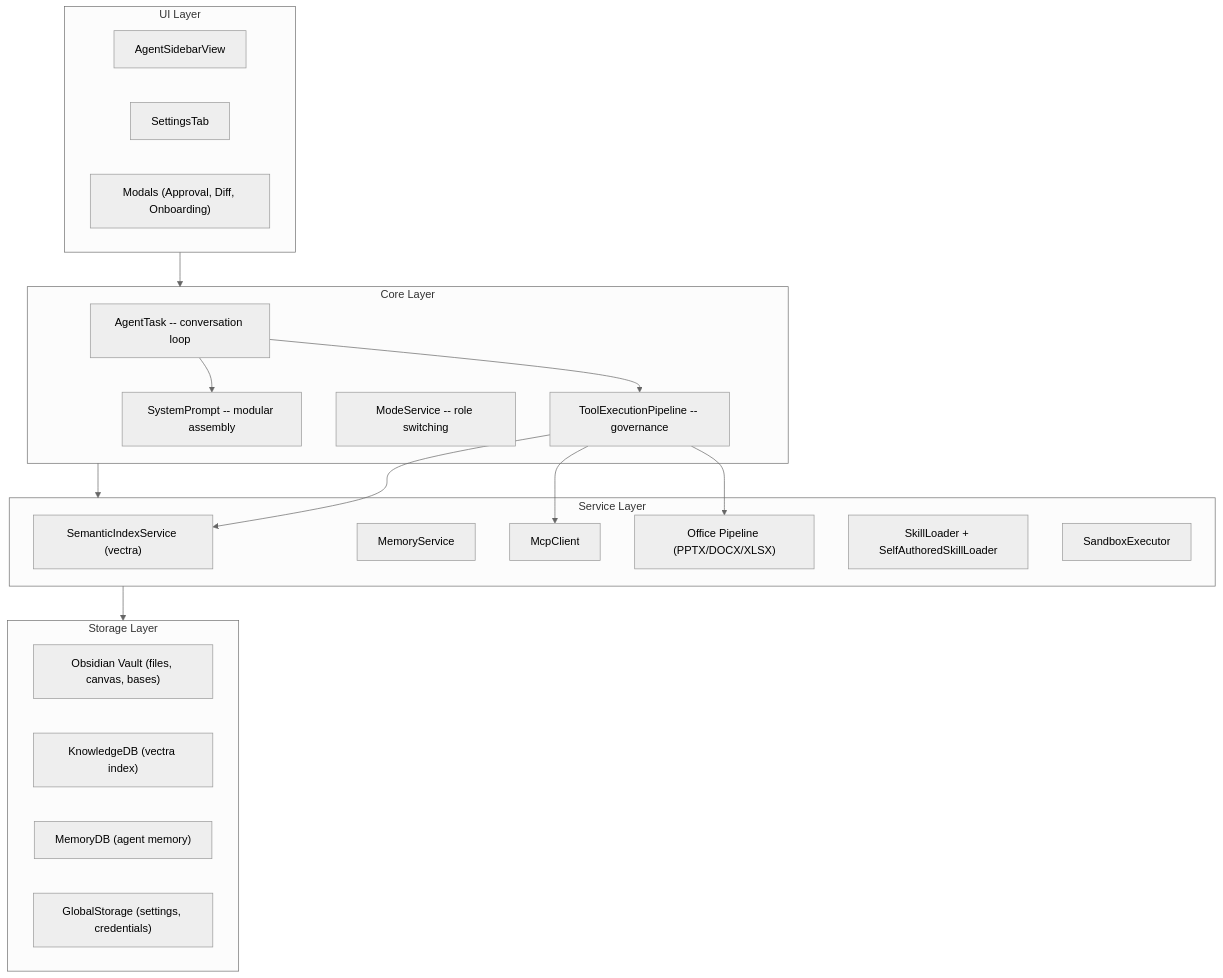
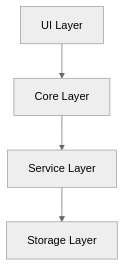
One commit to eshyun/obsilo changed the diagram in docs/dev/index.md. Above: the diagram before and after it, drawn with Mermaid (neutral theme). The commit also changed other lines of this file and 40 other files, not shown here.

Commit message:
Refactor vault operations documentation for clarity and consistency; enhance imprint with legal details; update landing page with new design and interactive elements; add humanizer skill to improve text quality by removing AI writing patterns.

````diff
--- a/docs/dev/index.md
+++ b/docs/dev/index.md
@@ -22,40 +20,11 @@
 ```mermaid
 flowchart TD
-    subgraph UI["UI Layer"]
-        Sidebar["AgentSidebarView"]
-        Settings["SettingsTab"]
-        Modals["Modals (Approval, Diff, Onboarding)"]
-    end
-
-    subgraph Core["Core Layer"]
-        AgentTask["AgentTask -- conversation loop"]
-        Pipeline["ToolExecutionPipeline -- governance"]
-        SystemPrompt["SystemPrompt -- modular assembly"]
-        Modes["ModeService -- role switching"]
-    end
-
-    subgraph Services["Service Layer"]
-        Semantic["SemanticIndexService (vectra)"]
-        Memory["MemoryService"]
-        MCP["McpClient"]
-        Office["Office Pipeline (PPTX/DOCX/XLSX)"]
-        Skills["SkillLoader + SelfAuthoredSkillLoader"]
-        Sandbox["SandboxExecutor"]
-    end
-
-    subgraph Storage["Storage Layer"]
-        Vault["Obsidian Vault (files, canvas, bases)"]
-        KnowledgeDB["KnowledgeDB (vectra index)"]
-        MemoryDB["MemoryDB (agent memory)"]
-        GlobalStorage["GlobalStorage (settings, credentials)"]
-    end
+    UI["UI Layer"]
+    Core["Core Layer"]
+    Services["Service Layer"]
+    Storage["Storage Layer"]
 
     UI --> Core
     Core --> Services
     Services --> Storage
-    AgentTask --> Pipeline
-    AgentTask --> SystemPrompt
-    Pipeline --> Semantic
-    Pipeline --> Office
-    Pipeline --> MCP
 ```
````
